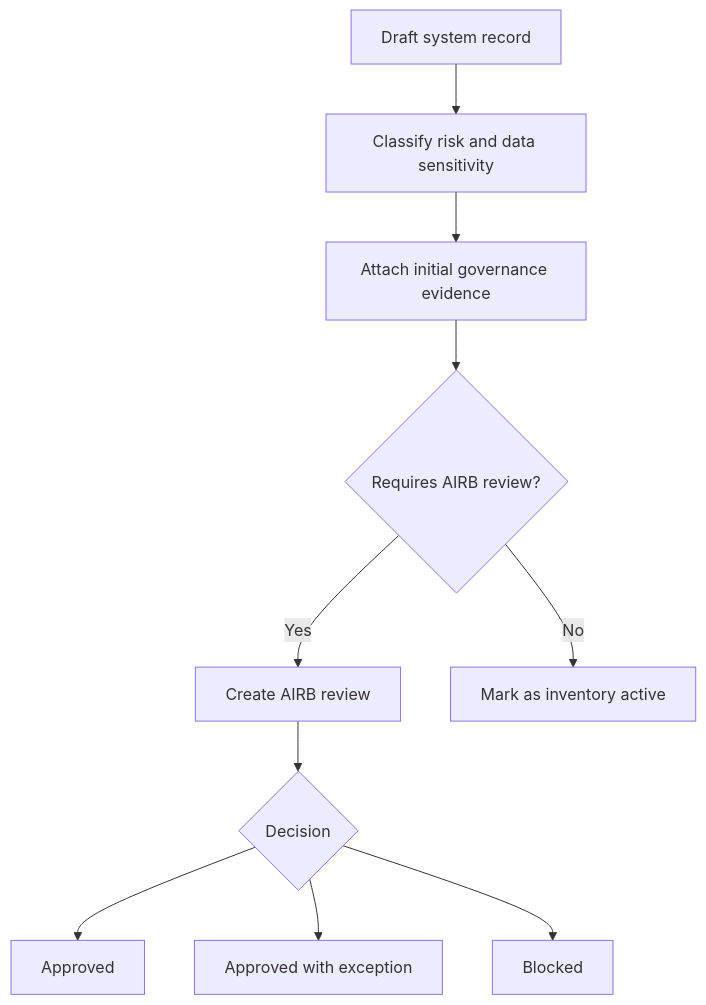
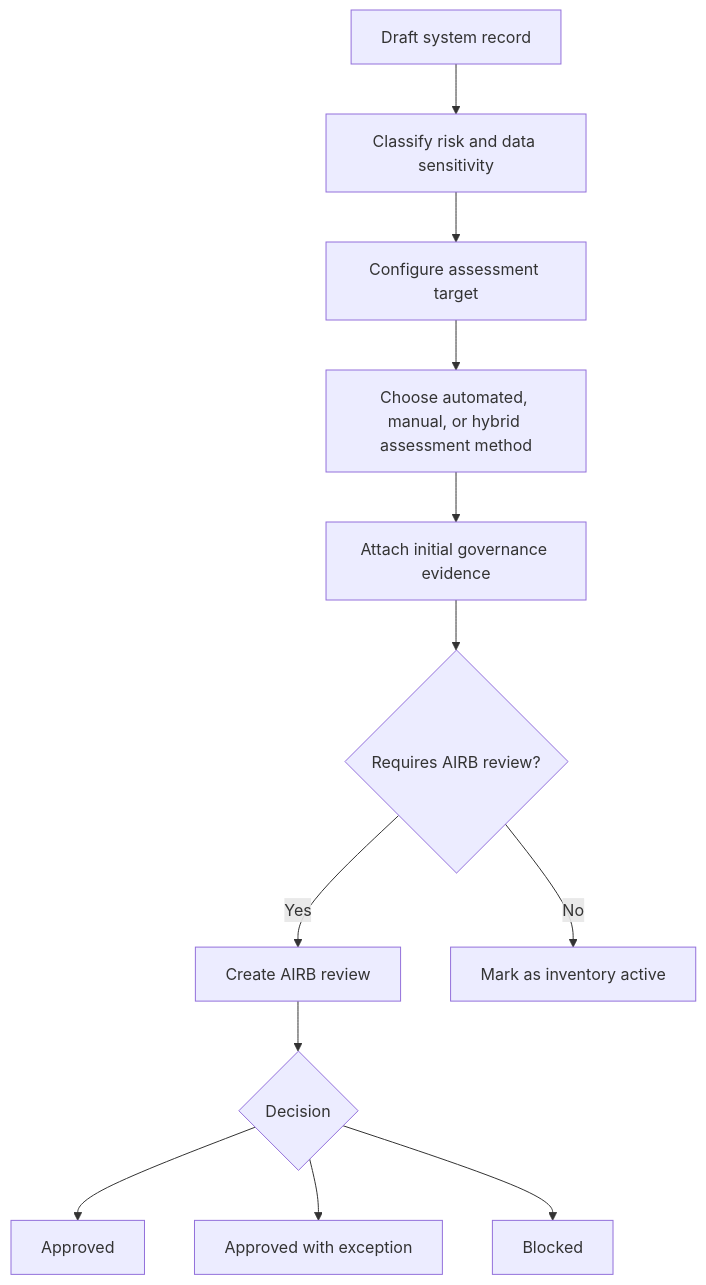
The first of 4 diagrams in docs/workflows/operational-workflows.md (araidata/air-platform), drawn with Mermaid before and after one commit. The commit also changed other lines of this file and 23 other files, not shown here.

Commit message:
Add assessment target configuration

````diff
--- a/docs/workflows/operational-workflows.md
+++ b/docs/workflows/operational-workflows.md
@@ -5,12 +7,14 @@
 ```mermaid
 flowchart TD
     Draft["Draft system record"] --> Classify["Classify risk and data sensitivity"]
-    Classify --> Evidence["Attach initial governance evidence"]
+    Classify --> Target["Configure assessment target"]
+    Target --> Method["Choose automated, manual, or hybrid assessment method"]
+    Method --> Evidence["Attach initial governance evidence"]
     Evidence --> ReviewNeed{"Requires AIRB review?"}
     ReviewNeed -->|Yes| AIRB["Create AIRB review"]
     ReviewNeed -->|No| Active["Mark as inventory active"]
     AIRB --> Decision{"Decision"}
     Decision --> Approved["Approved"]
     Decision --> Exception["Approved with exception"]
     Decision --> Blocked["Blocked"]
 ```
````
